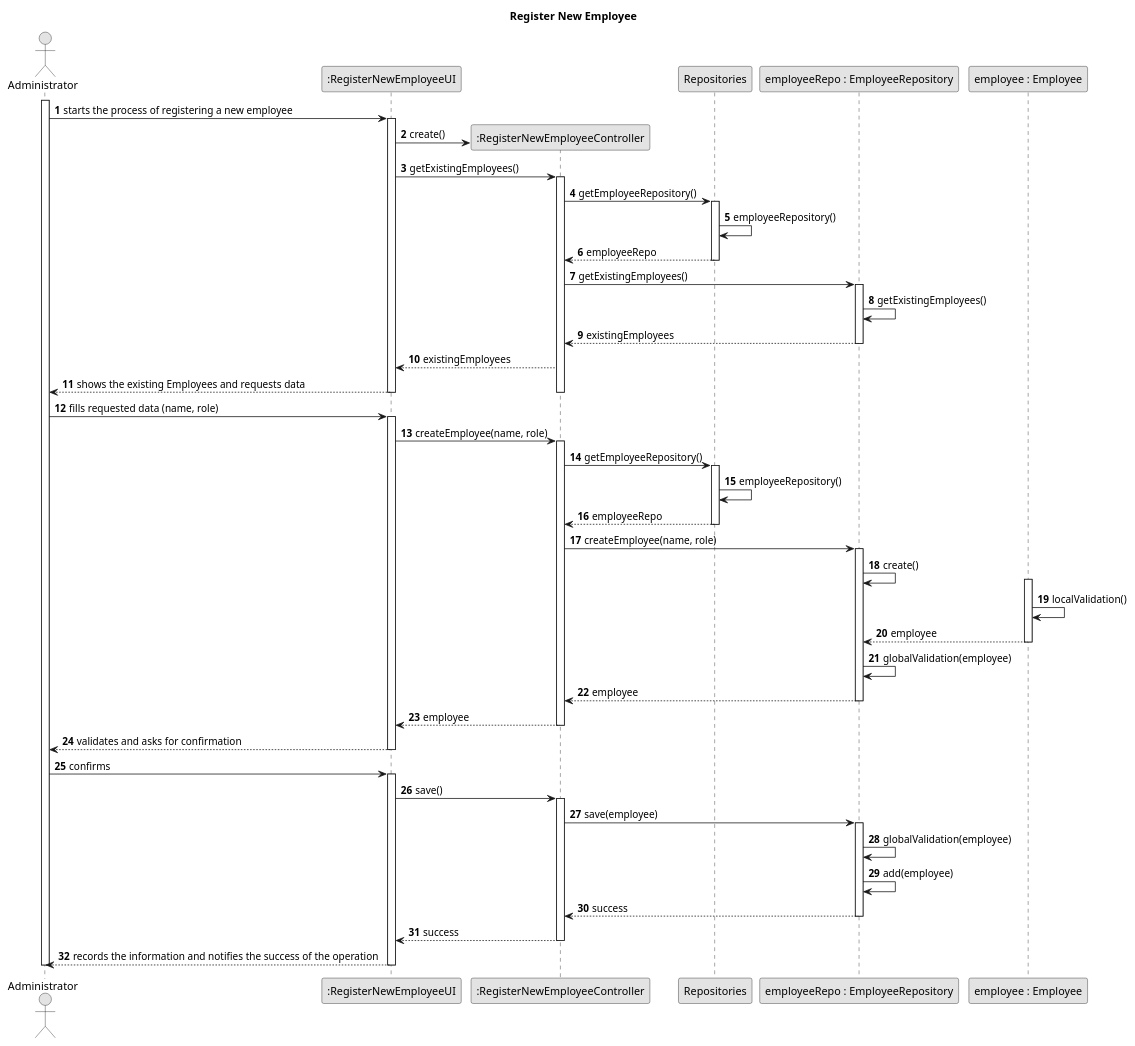
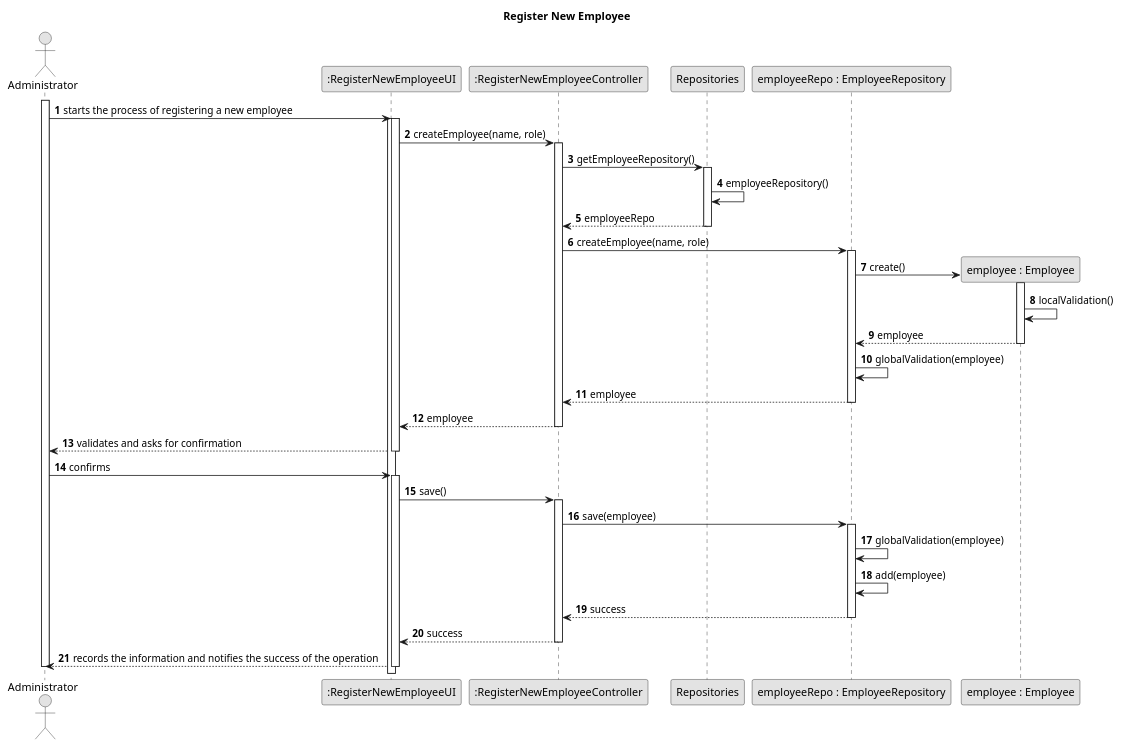
One commit to franciscomaia097/ProjectoPDS changed the diagram in sns-base/doc/global/use-cases/UC014/uc014-sd.puml. Above: the diagram before and after it, drawn with PlantUML. The commit also changed 13 other files, not shown here.

Commit message:
Fixed UML Models, added Registe User classes

```diff
--- a/sns-base/doc/global/use-cases/UC014/uc014-sd.puml
+++ b/sns-base/doc/global/use-cases/UC014/uc014-sd.puml
@@ -1,79 +1,62 @@
 @startuml
 skinparam monochrome true
 skinparam packageStyle rectangle
 skinparam shadowing false
 
 title Register New Employee
 
 autonumber
 
 actor Administrator
 participant ":RegisterNewEmployeeUI" as ui
 participant ":RegisterNewEmployeeController" as ctrl
 participant Repositories
 participant "employeeRepo : EmployeeRepository" as employeeRepo
 participant "employee : Employee" as employee
 
 activate Administrator
 
     Administrator -> ui : starts the process of registering a new employee
     activate ui
-        ui -> ctrl** : create()
-        ui -> ctrl : getExistingEmployees()
-        activate ctrl
-            ctrl -> Repositories : getEmployeeRepository()
-            activate Repositories
-                Repositories -> Repositories : employeeRepository()
-                Repositories-->ctrl : employeeRepo
-            deactivate Repositories
-            ctrl -> employeeRepo : getExistingEmployees()
-            activate employeeRepo
-                employeeRepo -> employeeRepo : getExistingEmployees()
-                employeeRepo --> ctrl : existingEmployees
-            deactivate employeeRepo
-            ctrl --> ui : existingEmployees
-            ui --> Administrator : shows the existing Employees and requests data
-        deactivate ctrl
-    deactivate ui
 
-    Administrator -> ui : fills requested data (name, role)
+
     activate ui
         ui -> ctrl : createEmployee(name, role)
         activate ctrl
             ctrl -> Repositories : getEmployeeRepository()
             activate Repositories
                 Repositories -> Repositories : employeeRepository()
                 Repositories --> ctrl : employeeRepo
             deactivate Repositories
             ctrl -> employeeRepo : createEmployee(name, role)
             activate employeeRepo
-                employeeRepo -> employeeRepo : create()
+                employeeRepo -> employee** : create()
                 activate employee
                     employee -> employee : localValidation()
                     employee --> employeeRepo : employee
                 deactivate employee
                 employeeRepo -> employeeRepo : globalValidation(employee)
                 employeeRepo --> ctrl : employee
             deactivate employeeRepo
             ctrl --> ui : employee
         deactivate ctrl
         ui --> Administrator : validates and asks for confirmation
     deactivate ui
 
     Administrator -> ui : confirms
     activate ui
         ui -> ctrl : save()
         activate ctrl
             ctrl -> employeeRepo : save(employee)
             activate employeeRepo
                 employeeRepo -> employeeRepo : globalValidation(employee)
                 employeeRepo -> employeeRepo : add(employee)
                 employeeRepo --> ctrl : success
             deactivate employeeRepo
             ctrl --> ui : success
         deactivate ctrl
         ui --> Administrator : records the information and notifies the success of the operation
     deactivate ui
 deactivate Administrator
 
 @enduml
```
